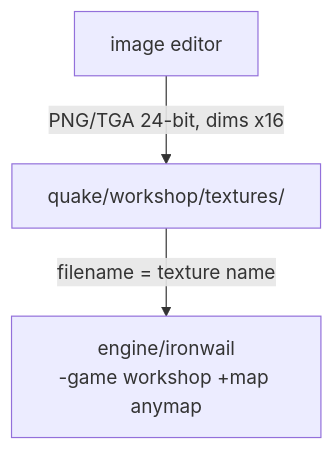
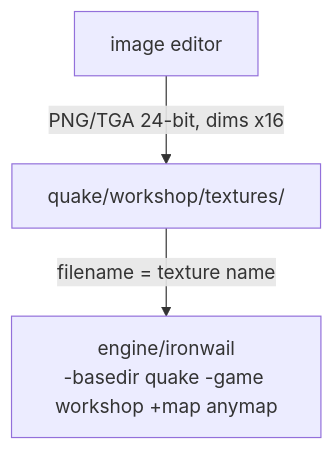
One commit to etna-alternance/workshop-vrg changed the second of 2 diagrams in guides/story/README.md. Above: the diagram before and after it, drawn with Mermaid. The commit also changed other lines of this file and 6 other files, not shown here.

Commit message:
fix: add -basedir quake to all Ironwail launch commands

````diff
--- a/guides/story/README.md
+++ b/guides/story/README.md
@@ -55,5 +55,5 @@
 ```mermaid
 flowchart TD
     A["image editor"] -->|PNG/TGA 24-bit, dims x16| B["quake/workshop/textures/"]
-    B -->|filename = texture name| C["engine/ironwail<br/>-game workshop +map anymap"]
+    B -->|filename = texture name| C["engine/ironwail<br/>-basedir quake -game workshop +map anymap"]
 ```
````
